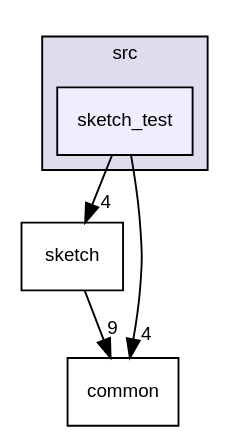
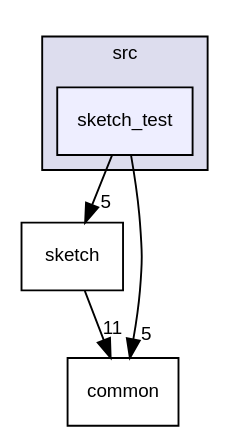
Before and after one commit to N2-Sys/OmniSketch: the diagram in dir_5714b091328ca2b0817cfc81eebb0222_dep.dot, drawn with Graphviz. The commit also changed 159 other files, not shown here.

```diff
--- a/dir_5714b091328ca2b0817cfc81eebb0222_dep.dot
+++ b/dir_5714b091328ca2b0817cfc81eebb0222_dep.dot
@@ -1,14 +1,14 @@
 digraph "src/sketch_test" {
   compound=true
   node [ fontsize="10", fontname="Helvetica"];
   edge [ labelfontsize="10", labelfontname="Helvetica"];
   subgraph clusterdir_68267d1309a1af8e8297ef4c3efbcdba {
     graph [ bgcolor="#ddddee", pencolor="black", label="src" fontname="Helvetica", fontsize="10", URL="dir_68267d1309a1af8e8297ef4c3efbcdba.html"]
   dir_5714b091328ca2b0817cfc81eebb0222 [shape=box, label="sketch_test", style="filled", fillcolor="#eeeeff", pencolor="black", URL="dir_5714b091328ca2b0817cfc81eebb0222.html"];
   }
   dir_ef43dc1024c8c688fd3275ab544df33f [shape=box label="sketch" URL="dir_ef43dc1024c8c688fd3275ab544df33f.html"];
   dir_fdedb0aba14d44ce9d99bc100e026e6a [shape=box label="common" URL="dir_fdedb0aba14d44ce9d99bc100e026e6a.html"];
-  dir_ef43dc1024c8c688fd3275ab544df33f->dir_fdedb0aba14d44ce9d99bc100e026e6a [headlabel="9", labeldistance=1.5 headhref="dir_000006_000003.html"];
-  dir_5714b091328ca2b0817cfc81eebb0222->dir_ef43dc1024c8c688fd3275ab544df33f [headlabel="4", labeldistance=1.5 headhref="dir_000007_000006.html"];
-  dir_5714b091328ca2b0817cfc81eebb0222->dir_fdedb0aba14d44ce9d99bc100e026e6a [headlabel="4", labeldistance=1.5 headhref="dir_000007_000003.html"];
+  dir_ef43dc1024c8c688fd3275ab544df33f->dir_fdedb0aba14d44ce9d99bc100e026e6a [headlabel="11", labeldistance=1.5 headhref="dir_000006_000003.html"];
+  dir_5714b091328ca2b0817cfc81eebb0222->dir_ef43dc1024c8c688fd3275ab544df33f [headlabel="5", labeldistance=1.5 headhref="dir_000007_000006.html"];
+  dir_5714b091328ca2b0817cfc81eebb0222->dir_fdedb0aba14d44ce9d99bc100e026e6a [headlabel="5", labeldistance=1.5 headhref="dir_000007_000003.html"];
 }
```
